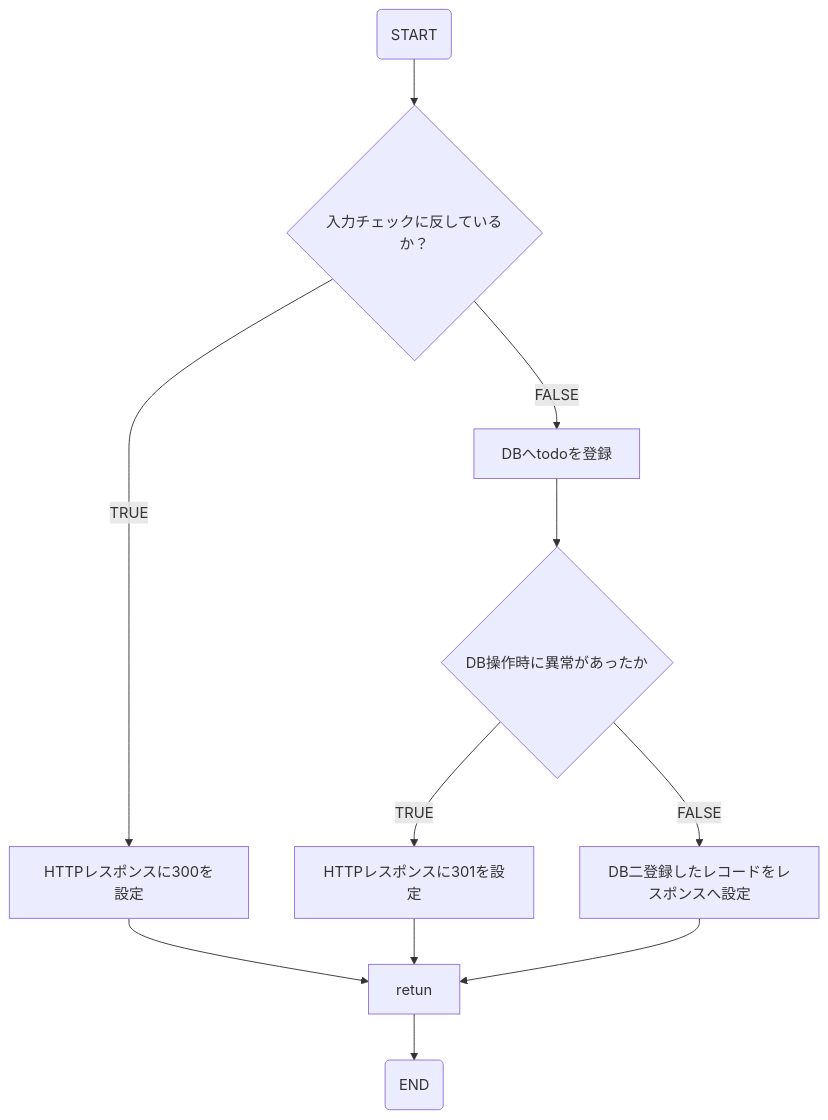
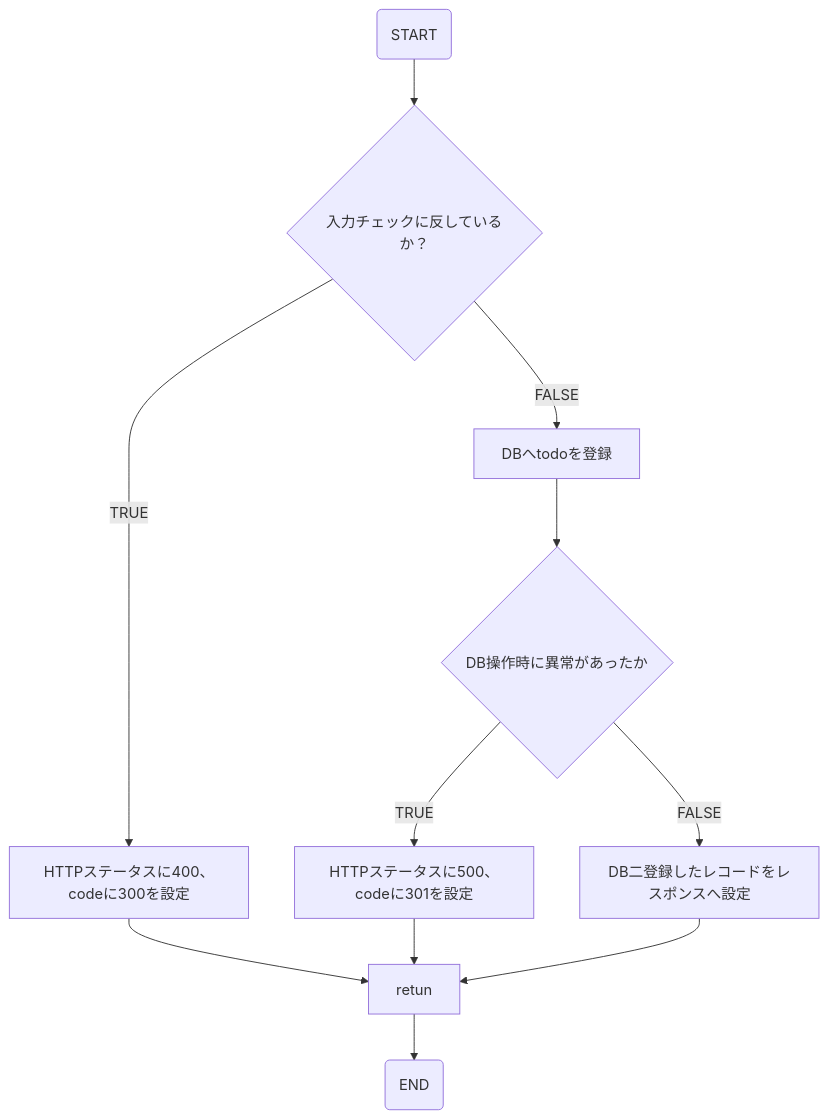
Before and after one commit to patoru98/AI_Driven: the diagram in back_end/src/docs/api/TodoRegistAPI.md, drawn with Mermaid. The commit also changed other lines of this file and 15 other files, not shown here.

````diff
--- a/back_end/src/docs/api/TodoRegistAPI.md
+++ b/back_end/src/docs/api/TodoRegistAPI.md
@@ -97,17 +109,17 @@
 ```mermaid
 graph TD;
 START(START) --> A
 A{入力チェックに反しているか？}
 A -- TRUE --> C
-C[HTTPレスポンスに300を設定] --> RETURN
+C[HTTPステータスに400、codeに300を設定] --> RETURN
 A -- FALSE --> B
 B[DBへtodoを登録] --> D
 
 D{DB操作時に異常があったか}
 D -- TRUE --> F
-F[HTTPレスポンスに301を設定] --> RETURN
+F[HTTPステータスに500、codeに301を設定] --> RETURN
 D -- FALSE -->G
 G[DB二登録したレコードをレスポンスへ設定] --> RETURN
 RETURN[retun] --> END
 END(END)
 ```
````
